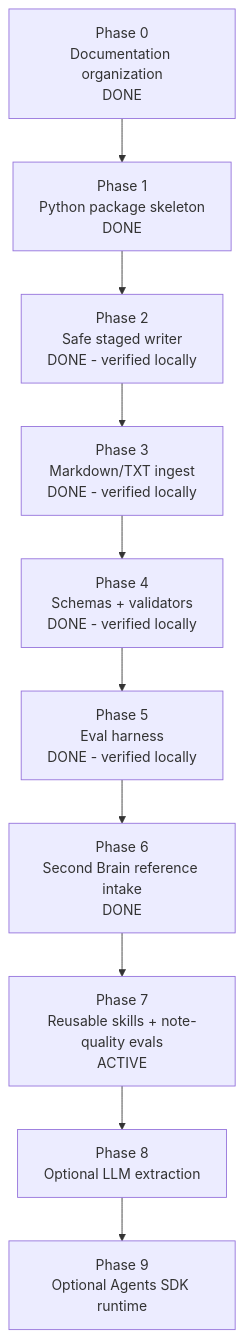
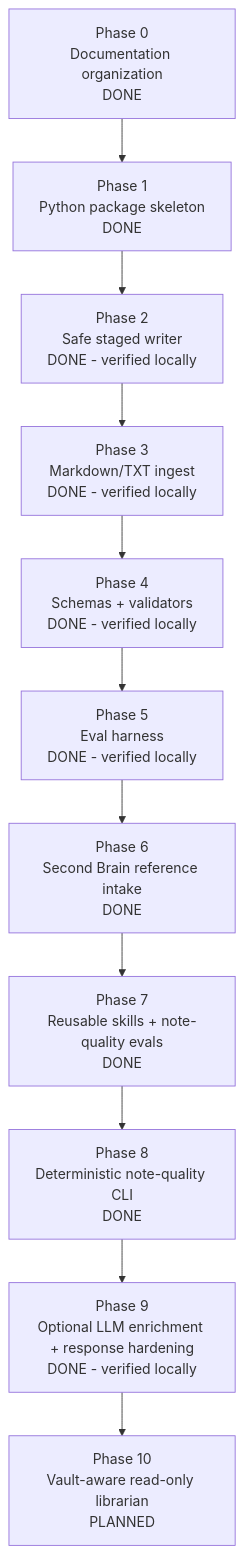
One commit to Denys/obsidian-librarian-to-add changed the diagram in docs/10_implementation_plan.md. Above: the diagram before and after it, drawn with Mermaid. The commit also changed other lines of this file and 23 other files, not shown here.

Commit message:
Add deterministic vault index and search commands

````diff
--- a/docs/10_implementation_plan.md
+++ b/docs/10_implementation_plan.md
@@ -5,15 +5,16 @@
 ```mermaid
 flowchart TD
     P0[Phase 0<br/>Documentation organization<br/>DONE]
     P1[Phase 1<br/>Python package skeleton<br/>DONE]
     P2[Phase 2<br/>Safe staged writer<br/>DONE - verified locally]
     P3[Phase 3<br/>Markdown/TXT ingest<br/>DONE - verified locally]
     P4[Phase 4<br/>Schemas + validators<br/>DONE - verified locally]
     P5[Phase 5<br/>Eval harness<br/>DONE - verified locally]
     P6[Phase 6<br/>Second Brain reference intake<br/>DONE]
-    P7[Phase 7<br/>Reusable skills + note-quality evals<br/>ACTIVE]
-    P8[Phase 8<br/>Optional LLM extraction]
-    P9[Phase 9<br/>Optional Agents SDK runtime]
+    P7[Phase 7<br/>Reusable skills + note-quality evals<br/>DONE]
+    P8[Phase 8<br/>Deterministic note-quality CLI<br/>DONE]
+    P9[Phase 9<br/>Optional LLM enrichment + response hardening<br/>DONE - verified locally]
+    P10[Phase 10<br/>Vault-aware read-only librarian<br/>PLANNED]
 
-    P0 --> P1 --> P2 --> P3 --> P4 --> P5 --> P6 --> P7 --> P8 --> P9
+    P0 --> P1 --> P2 --> P3 --> P4 --> P5 --> P6 --> P7 --> P8 --> P9 --> P10
 ```
````
